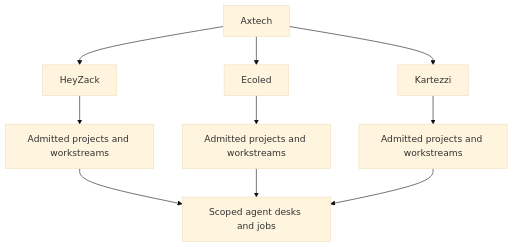
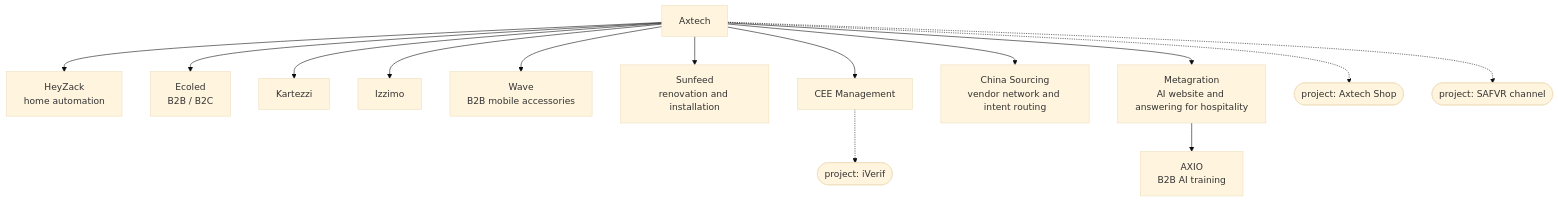
The diagram in docs/PORTFOLIO-ORG-MAP.md (Sheshiyer/snow-gloves-os), drawn with Mermaid (base theme) before and after one commit. The commit also changed other lines of this file and 94 other files, not shown here.

````diff
--- a/docs/PORTFOLIO-ORG-MAP.md
+++ b/docs/PORTFOLIO-ORG-MAP.md
@@ -5,12 +7,16 @@
 ```mermaid
 flowchart TD
-  A[Axtech] --> H[HeyZack]
-  A --> E[Ecoled]
+  A[Axtech] --> H[HeyZack<br/>home automation]
+  A --> E[Ecoled<br/>B2B / B2C]
   A --> K[Kartezzi]
-  H --> HP[Admitted projects and workstreams]
-  E --> EP[Admitted projects and workstreams]
-  K --> KP[Admitted projects and workstreams]
-  HP --> D[Scoped agent desks and jobs]
-  EP --> D
-  KP --> D
+  A --> I[Izzimo]
+  A --> W[Wave<br/>B2B mobile accessories]
+  A --> S[Sunfeed<br/>renovation and installation]
+  A --> C[CEE Management]
+  A --> CS[China Sourcing<br/>vendor network and intent routing]
+  A --> M[Metagration<br/>AI website and answering for hospitality]
+  M --> X[AXIO<br/>B2B AI training]
+  A -.-> SHOP([project: Axtech Shop])
+  A -.-> SAF([project: SAFVR channel])
+  C -.-> IV([project: iVerif])
 ```
````
